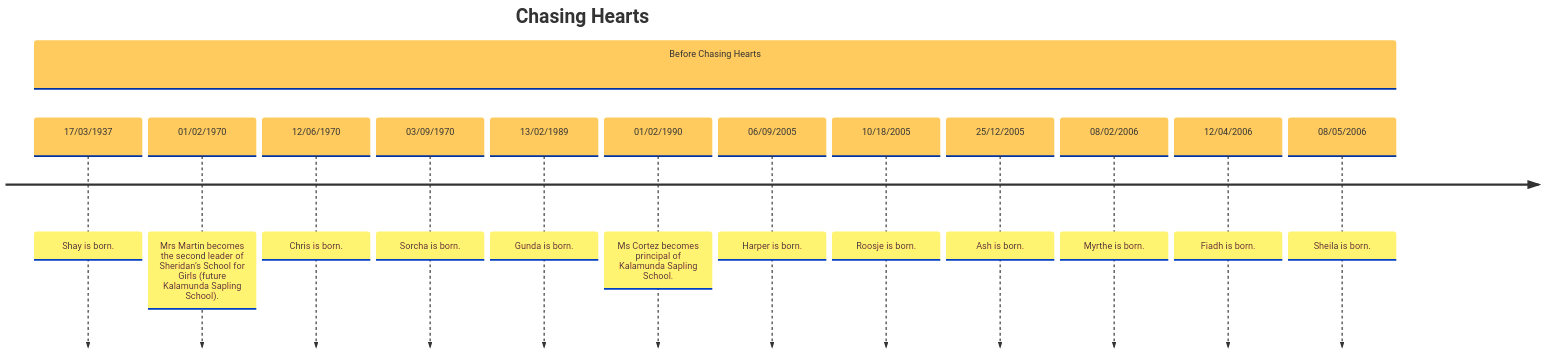
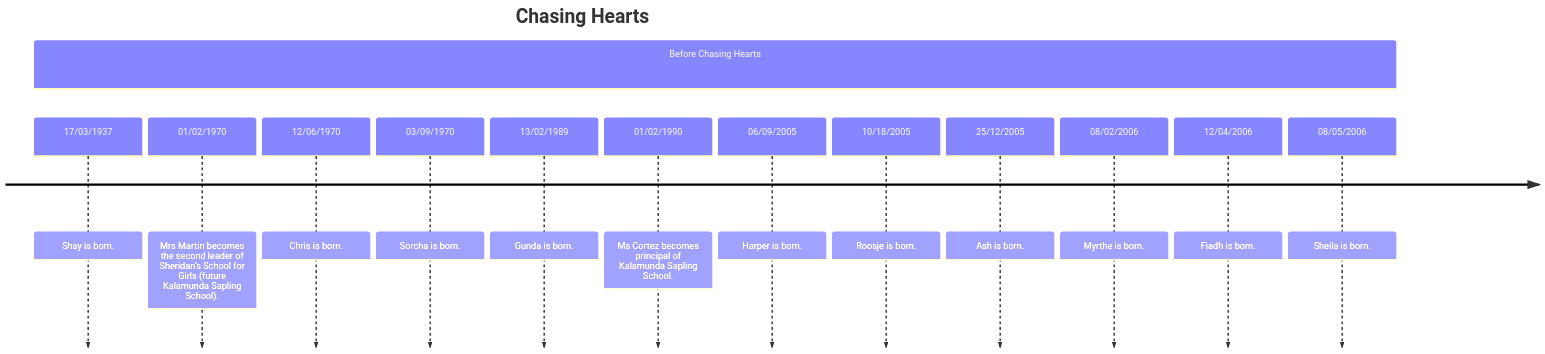
One commit to Crafty12345/chasing-hearts-wiki changed the diagram in content/Timeline/Chasing Hearts Timeline.md. Above: the diagram before and after it, drawn with Mermaid. The commit also changed other lines of this file and 2 other files, not shown here.

Commit message:
Quartz sync: Jun 1, 2024, 11:41 AM

````diff
--- a/content/Timeline/Chasing Hearts Timeline.md
+++ b/content/Timeline/Chasing Hearts Timeline.md
@@ -5,31 +7,30 @@
 ```mermaid
-
-%%{init: { 'logLevel': 'debug', 'theme': 'base' } }%%
+%%{init: { 'logLevel': 'debug', 'theme': 'base', 'themeVariables': { 'fontSize': '20px'}} } }%%
 timeline
     title Chasing Hearts
 	section Before Chasing Hearts
 		17/03/1937:
 			Shay is born.
 		01/02/1970:
 			Mrs Martin becomes the second leader of Sheridan’s School for Girls (future Kalamunda Sapling School).
 		12/06/1970:
 			Chris is born.
 		03/09/1970:
 			Sorcha is born.
 		13/02/1989:
 			Gunda is born.
 		01/02/1990:
 			Ms Cortez becomes principal of Kalamunda Sapling School.
 		06/09/2005:
 			Harper is born.
 		10/18/2005:
 			Roosje is born.
 		25/12/2005:
 			Ash is born.
 		08/02/2006:
 			Myrthe is born.
 		12/04/2006:
 			Fiadh is born.
 		08/05/2006:
 			Sheila is born.
 ```
````
